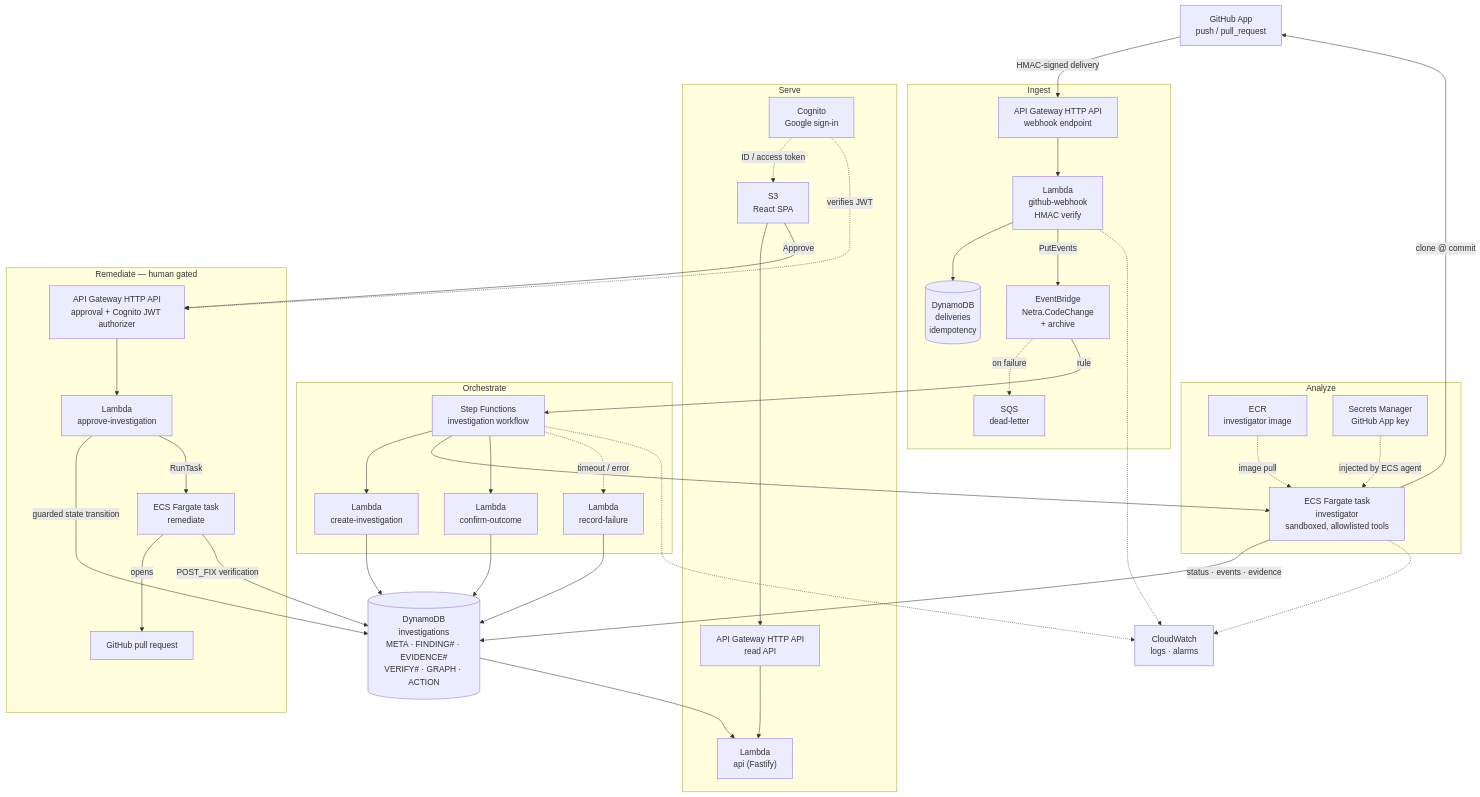
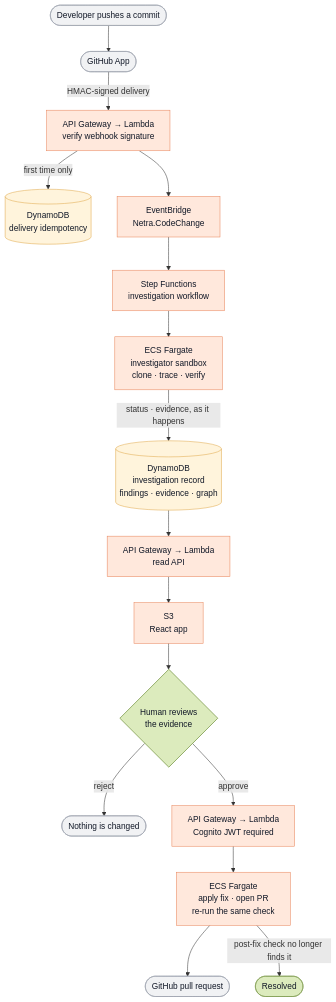
One commit to Nakshatra480/Netra changed the diagram in README.md. Above: the diagram before and after it, drawn with Mermaid.

````diff
--- a/README.md
+++ b/README.md
@@ -27,73 +27,42 @@
 ```mermaid
 flowchart TD
-    GH["GitHub App<br/>push / pull_request"]
+    DEV([Developer pushes a commit]):::ext
+    GH([GitHub App]):::ext
 
-    subgraph Ingest["Ingest"]
-        APIGW1["API Gateway HTTP API<br/>webhook endpoint"]
-        WH["Lambda<br/>github-webhook<br/>HMAC verify"]
-        DDB1[("DynamoDB<br/>deliveries<br/>idempotency")]
-        EB["EventBridge<br/>Netra.CodeChange<br/>+ archive"]
-        DLQ["SQS<br/>dead-letter"]
-    end
+    WH["API Gateway → Lambda<br/>verify webhook signature"]:::aws
+    IDEM[("DynamoDB<br/>delivery idempotency")]:::data
+    EB["EventBridge<br/>Netra.CodeChange"]:::aws
+    SFN["Step Functions<br/>investigation workflow"]:::aws
+    ECS["ECS Fargate<br/>investigator sandbox<br/>clone · trace · verify"]:::aws
+    REC[("DynamoDB<br/>investigation record<br/>findings · evidence · graph")]:::data
+    API["API Gateway → Lambda<br/>read API"]:::aws
+    WEB["S3<br/>React app"]:::aws
 
-    subgraph Orchestrate["Orchestrate"]
-        SFN["Step Functions<br/>investigation workflow"]
-        L1["Lambda<br/>create-investigation"]
-        L2["Lambda<br/>confirm-outcome"]
-        L3["Lambda<br/>record-failure"]
-    end
+    GATE{"Human reviews<br/>the evidence"}:::human
+    STOP([Nothing is changed]):::ext
+    APPROVE["API Gateway → Lambda<br/>Cognito JWT required"]:::aws
+    FIX["ECS Fargate<br/>apply fix · open PR<br/>re-run the same check"]:::aws
+    PR([GitHub pull request]):::ext
+    DONE([Resolved]):::done
 
-    subgraph Analyze["Analyze"]
-        ECS["ECS Fargate task<br/>investigator<br/>sandboxed, allowlisted tools"]
-        ECR["ECR<br/>investigator image"]
-        SM["Secrets Manager<br/>GitHub App key"]
-    end
+    DEV --> GH
+    GH -->|HMAC-signed delivery| WH
+    WH -->|"first time only"| IDEM
+    WH --> EB
+    EB --> SFN
+    SFN --> ECS
+    ECS -->|"status · evidence, as it happens"| REC
+    REC --> API --> WEB
+    WEB --> GATE
+    GATE -->|reject| STOP
+    GATE -->|approve| APPROVE
+    APPROVE --> FIX
+    FIX --> PR
+    FIX -->|"post-fix check no longer finds it"| DONE
 
-    DDB2[("DynamoDB<br/>investigations<br/>META · FINDING# · EVIDENCE#<br/>VERIFY# · GRAPH · ACTION")]
-
-    subgraph Serve["Serve"]
-        APIGW2["API Gateway HTTP API<br/>read API"]
-        API["Lambda<br/>api (Fastify)"]
-        COG["Cognito<br/>Google sign-in"]
-        S3["S3<br/>React SPA"]
-    end
-
-    subgraph Remediate["Remediate — human gated"]
-        APIGW3["API Gateway HTTP API<br/>approval + Cognito JWT authorizer"]
-        APPROVE["Lambda<br/>approve-investigation"]
-        ECS2["ECS Fargate task<br/>remediate"]
-        PR["GitHub pull request"]
-    end
-
-    CW["CloudWatch<br/>logs · alarms"]
-
-    GH -->|"HMAC-signed delivery"| APIGW1 --> WH
-    WH --> DDB1
-    WH -->|"PutEvents"| EB
-    EB -.->|"on failure"| DLQ
-    EB -->|"rule"| SFN
-    SFN --> L1 --> DDB2
-    SFN --> ECS
-    ECR -.->|"image pull"| ECS
-    SM -.->|"injected by ECS agent"| ECS
-    ECS -->|"status · events · evidence"| DDB2
-    ECS -->|"clone @ commit"| GH
-    SFN --> L2 --> DDB2
-    SFN -.->|"timeout / error"| L3 --> DDB2
-
-    DDB2 --> API
-    APIGW2 --> API
-    S3 --> APIGW2
-    COG -.->|"ID / access token"| S3
-
-    S3 -->|"Approve"| APIGW3 --> APPROVE
-    COG -.->|"verifies JWT"| APIGW3
-    APPROVE -->|"guarded state transition"| DDB2
-    APPROVE -->|"RunTask"| ECS2
-    ECS2 -->|"opens"| PR
-    ECS2 -->|"POST_FIX verification"| DDB2
-
-    WH -.-> CW
-    ECS -.-> CW
-    SFN -.-> CW
+    classDef aws fill:#FFE8DC,stroke:#E8845A,stroke-width:1px,color:#111827
+    classDef data fill:#FFF4DC,stroke:#E0A94B,stroke-width:1px,color:#111827
+    classDef human fill:#DCEBBD,stroke:#7E9B4E,stroke-width:1.5px,color:#111827
+    classDef ext fill:#F1F2F4,stroke:#9AA1AC,stroke-width:1px,color:#111827
+    classDef done fill:#DCEBBD,stroke:#7E9B4E,stroke-width:1px,color:#111827
 ```
````
